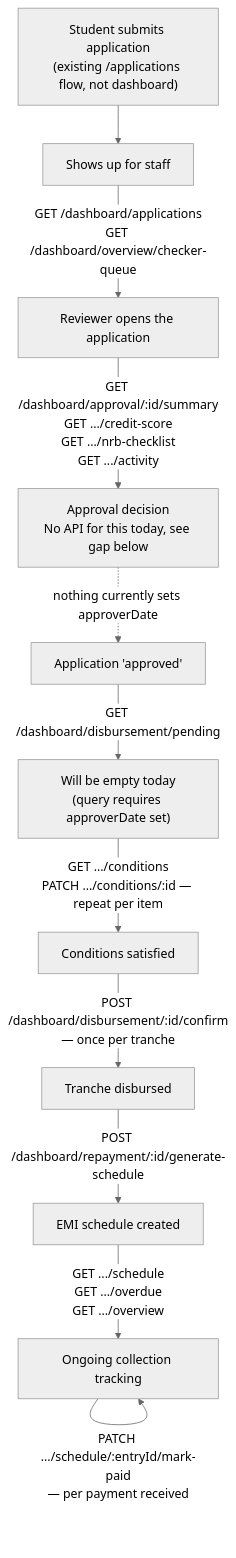
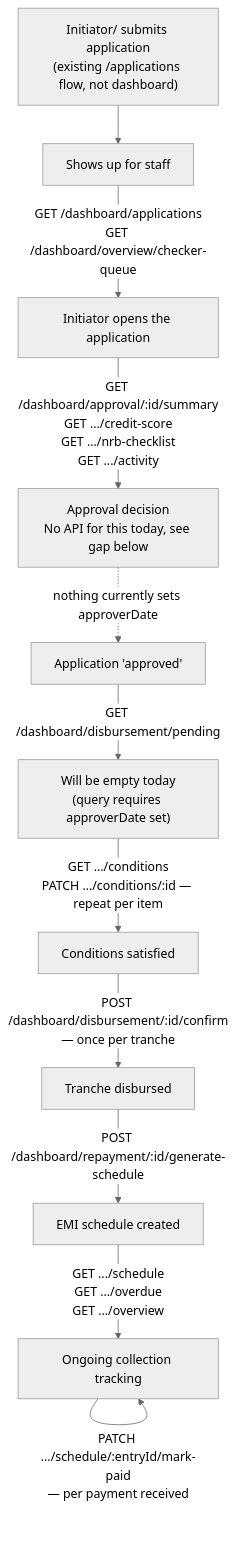
Before and after one commit to xenextech/loan-backend-: the first of 2 diagrams in src/modules/dashboard/FLOW.md, drawn with Mermaid (neutral theme). The commit also changed other lines of this file, not shown here.

Commit message:
dashboard overview for credit scor

````diff
--- a/src/modules/dashboard/FLOW.md
+++ b/src/modules/dashboard/FLOW.md
@@ -9,13 +9,13 @@
 ```mermaid
 flowchart TD
-    A["Student submits application\n(existing /applications flow, not dashboard)"] --> B["Shows up for staff"]
-    B -->|"GET /dashboard/applications\nGET /dashboard/overview/checker-queue"| C["Reviewer opens the application"]
+    A["Initiator/ submits application\n(existing /applications flow, not dashboard)"] --> B["Shows up for staff"]
+    B -->|"GET /dashboard/applications\nGET /dashboard/overview/checker-queue"| C["Initiator opens the application"]
     C -->|"GET /dashboard/approval/:id/summary\nGET .../credit-score\nGET .../nrb-checklist\nGET .../activity"| D["Approval decision\nNo API for this today, see gap below"]
     D -.->|"nothing currently sets approverDate"| E["Application 'approved'"]
     E -->|"GET /dashboard/disbursement/pending"| F["Will be empty today\n(query requires approverDate set)"]
     F -->|"GET .../conditions\nPATCH .../conditions/:id — repeat per item"| G["Conditions satisfied"]
     G -->|"POST /dashboard/disbursement/:id/confirm\n— once per tranche"| H["Tranche disbursed"]
     H -->|"POST /dashboard/repayment/:id/generate-schedule"| I["EMI schedule created"]
     I -->|"GET .../schedule\nGET .../overdue\nGET .../overview"| J["Ongoing collection tracking"]
     J -->|"PATCH .../schedule/:entryId/mark-paid\n— per payment received"| J
 ```
````
